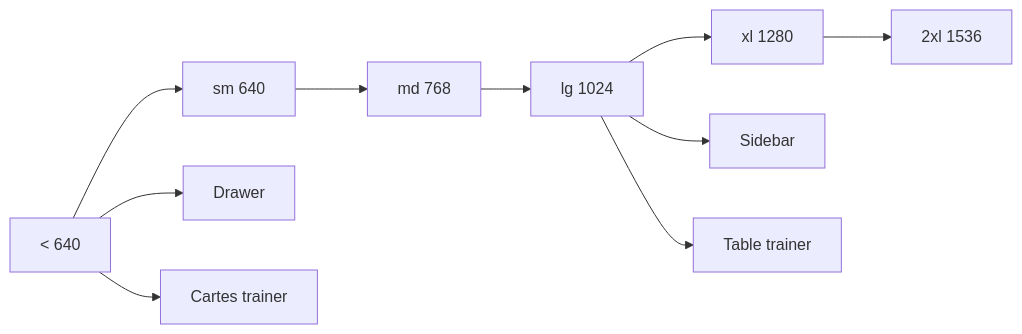
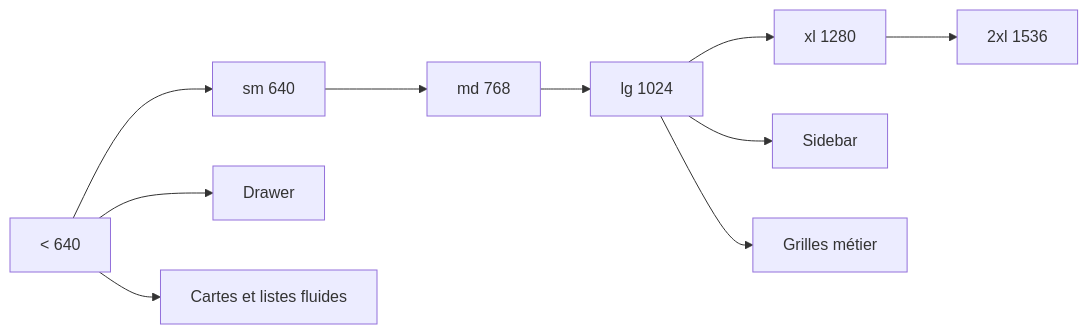
Before and after one commit to Matthieu-Vachet/dashboard_Admin: the diagram in docs/Tome 1 — Foundation (Fondations)/DOC-023-responsive.md, drawn with Mermaid. The commit also changed other lines of this file and 77 other files, not shown here.

````diff
--- a/docs/Tome 1 — Foundation (Fondations)/DOC-023-responsive.md
+++ b/docs/Tome 1 — Foundation (Fondations)/DOC-023-responsive.md
@@ -71,8 +71,8 @@
 ```mermaid
 flowchart LR
   M["< 640"] --> SM["sm 640"] --> MD["md 768"] --> LG["lg 1024"] --> XL["xl 1280"] --> XXL["2xl 1536"]
   M --> DRAWER["Drawer"]
   LG --> SIDEBAR["Sidebar"]
-  M --> CARDS["Cartes trainer"]
-  LG --> TABLE["Table trainer"]
+  M --> CARDS["Cartes et listes fluides"]
+  LG --> TABLE["Grilles métier"]
 ```
````
